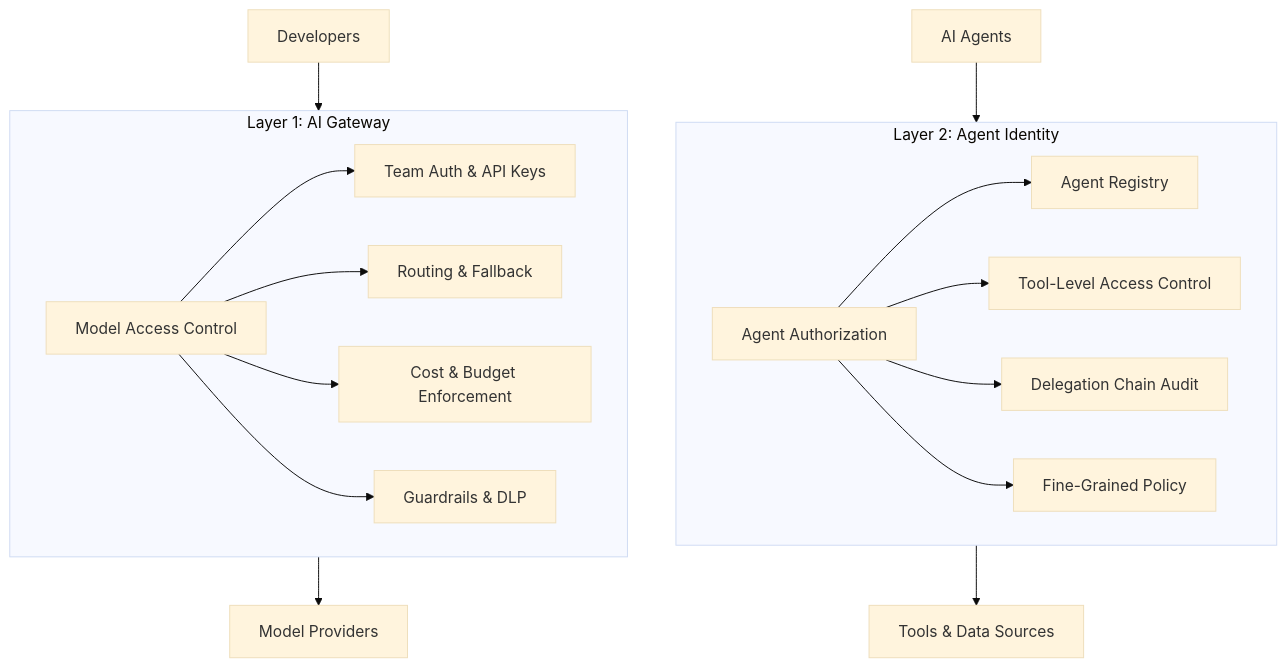
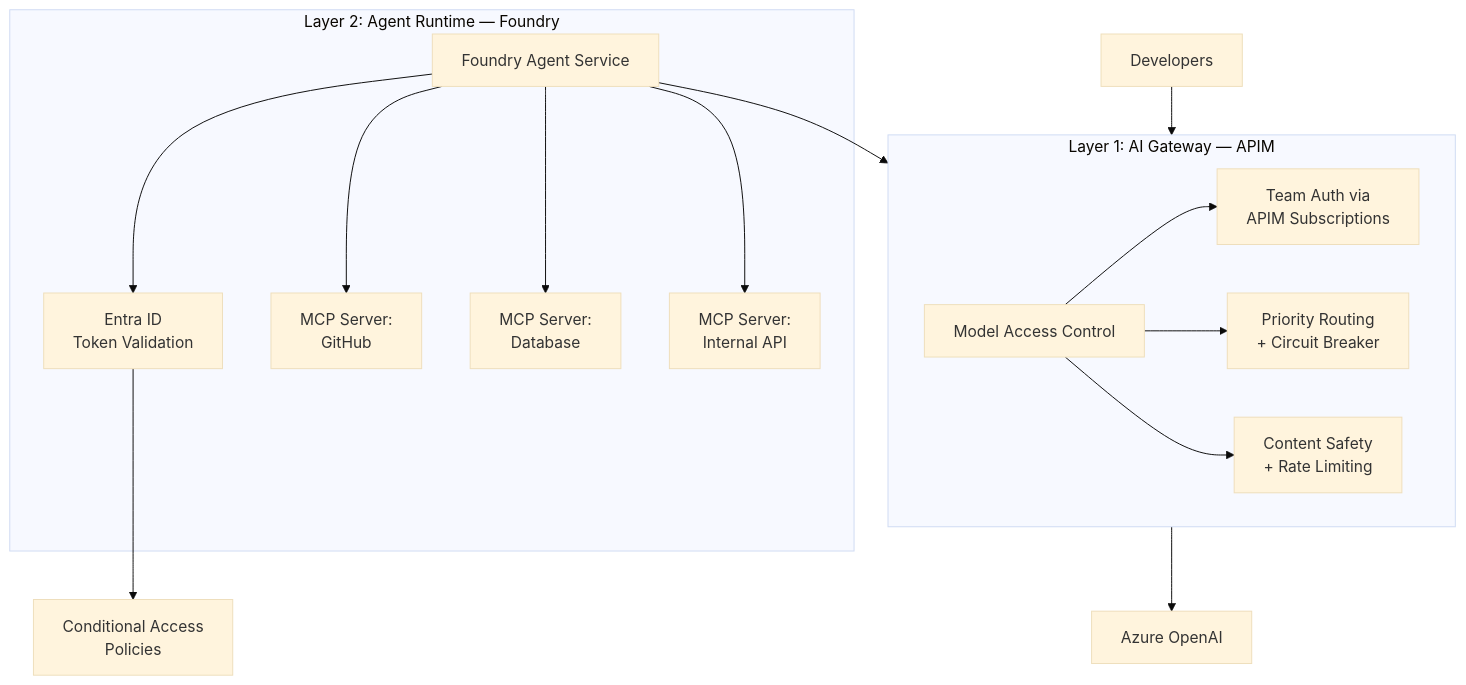
The first of 2 diagrams in posts/2026-02-10-securing-ai-agents-in-the-enterprise.md (Odovey-Consulting/odovey-blog), drawn with Mermaid (base theme) before and after one commit. The commit also changed other lines of this file and 3 other files, not shown here.

````diff
--- a/posts/2026-02-10-securing-ai-agents-in-the-enterprise.md
+++ b/posts/2026-02-10-securing-ai-agents-in-the-enterprise.md
@@ -18,21 +56,20 @@
 ```mermaid
 flowchart TB
-    subgraph Layer1[Layer 1: AI Gateway]
+    subgraph Layer1[Layer 1: AI Gateway — APIM]
         GW[Model Access Control]
-        GW --> Auth[Team Auth & API Keys]
-        GW --> Route[Routing & Fallback]
-        GW --> Cost[Cost & Budget Enforcement]
-        GW --> Guard[Guardrails & DLP]
+        GW --> Auth[Team Auth via<br/>APIM Subscriptions]
+        GW --> Route[Priority Routing<br/>+ Circuit Breaker]
+        GW --> Safety[Content Safety<br/>+ Rate Limiting]
     end
-    subgraph Layer2[Layer 2: Agent Identity]
-        AG[Agent Authorization]
-        AG --> Reg[Agent Registry]
-        AG --> Tool[Tool-Level Access Control]
-        AG --> Audit[Delegation Chain Audit]
-        AG --> Policy[Fine-Grained Policy]
+    subgraph Layer2[Layer 2: Agent Runtime — Foundry]
+        AGENT[Foundry Agent Service]
+        AGENT --> ENTRA[Entra ID<br/>Token Validation]
+        AGENT --> MCP1[MCP Server:<br/>GitHub]
+        AGENT --> MCP2[MCP Server:<br/>Database]
+        AGENT --> MCP3[MCP Server:<br/>Internal API]
     end
     Dev[Developers] --> Layer1
-    Layer1 --> Models[Model Providers]
-    Agents[AI Agents] --> Layer2
-    Layer2 --> Tools[Tools & Data Sources]
+    Layer1 --> AOAI[Azure OpenAI]
+    AGENT --> Layer1
+    ENTRA --> COND[Conditional Access<br/>Policies]
 ```
````
